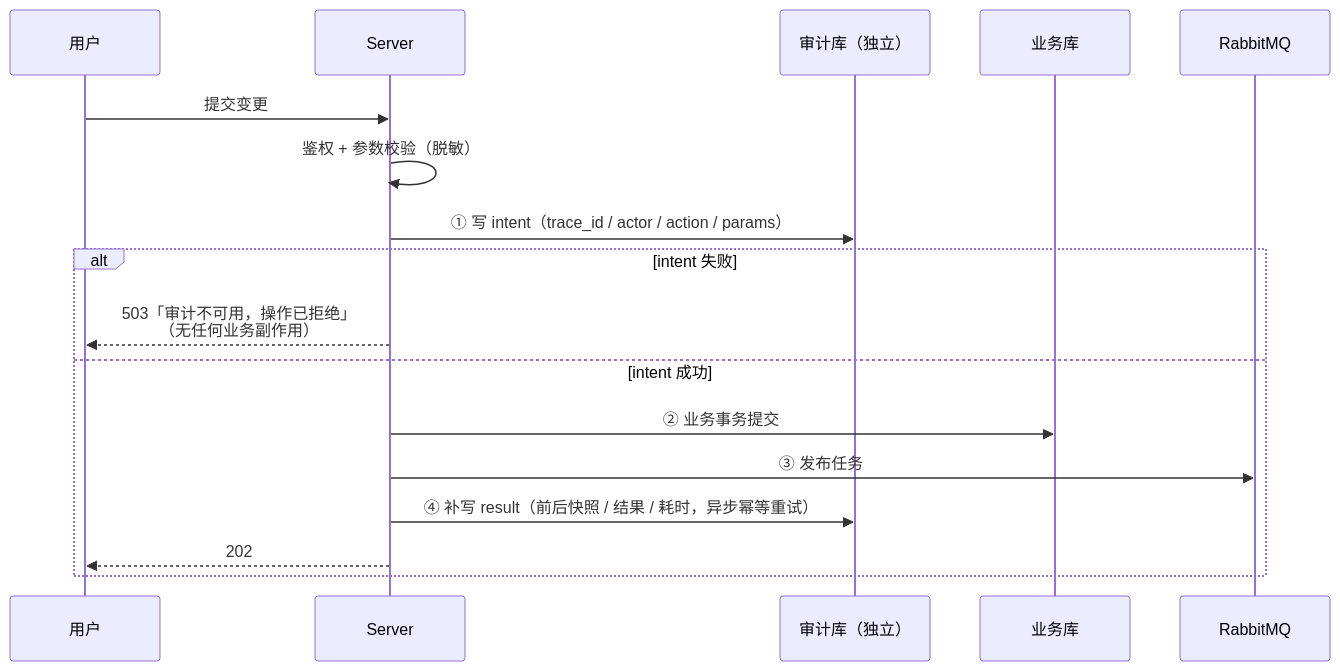
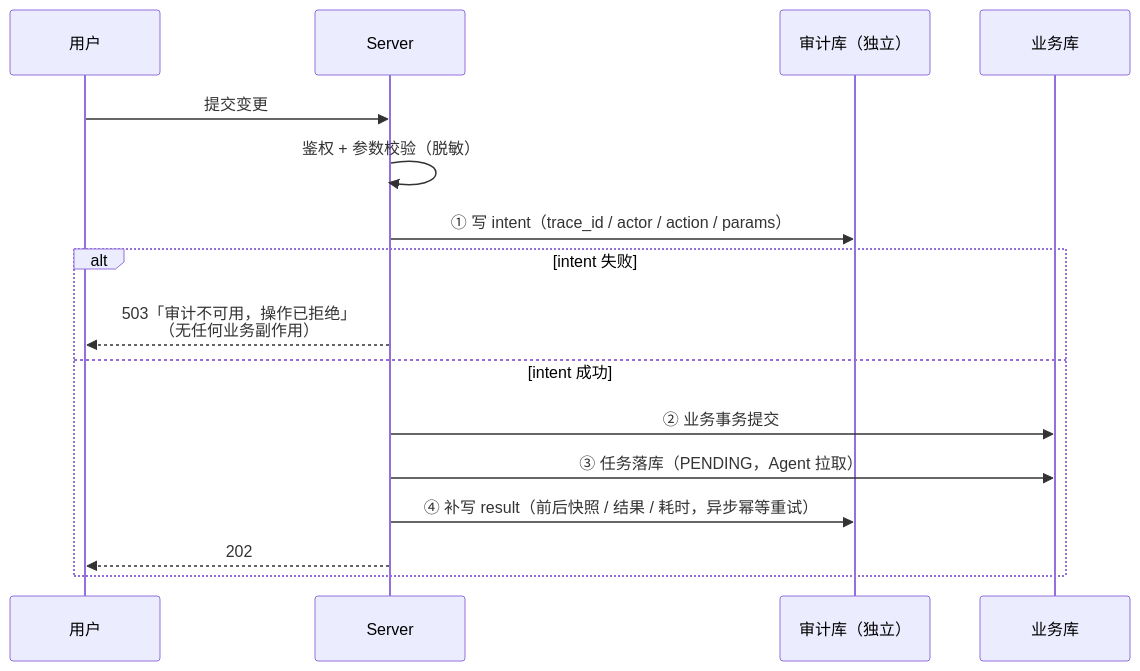
One commit to lnsyyj/winter changed the eighth of 10 diagrams in docs/02-研发线/04-架构师/架构设计-Ceph管理平台.md. Above: the diagram before and after it, drawn with Mermaid. The commit also changed other lines of this file and 17 other files, not shown here.

````diff
--- a/docs/02-研发线/04-架构师/架构设计-Ceph管理平台.md
+++ b/docs/02-研发线/04-架构师/架构设计-Ceph管理平台.md
@@ -377,20 +372,19 @@
 ```mermaid
 sequenceDiagram
     participant U as 用户
     participant S as Server
     participant ADB as 审计库（独立）
     participant PDB as 业务库
-    participant Q as RabbitMQ
 
     U->>S: 提交变更
     S->>S: 鉴权 + 参数校验（脱敏）
     S->>ADB: ① 写 intent（trace_id / actor / action / params）
     alt intent 失败
         S-->>U: 503「审计不可用，操作已拒绝」<br/>（无任何业务副作用）
     else intent 成功
         S->>PDB: ② 业务事务提交
-        S->>Q: ③ 发布任务
+        S->>PDB: ③ 任务落库（PENDING，Agent 拉取）
         S->>ADB: ④ 补写 result（前后快照 / 结果 / 耗时，异步幂等重试）
         S-->>U: 202
     end
 ```
````
